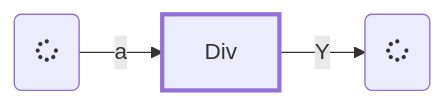
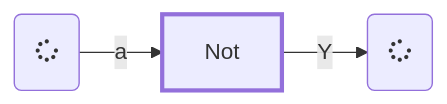
Before and after one commit to masc-ucsc/docs: the fourth of 4 diagrams in docs/livehd/05-lgraph.md, drawn with Mermaid. The commit also changed other lines of this file and 21 other files, not shown here.

````diff
--- a/docs/livehd/05-lgraph.md
+++ b/docs/livehd/05-lgraph.md
@@ -597,6 +531,6 @@
 ``` mermaid
 graph LR
     cell  --Y--> c(fa:fa-spinner)
-    a(fa:fa-spinner) --a--> cell[Div]:::cell
+    a(fa:fa-spinner) --a--> cell[Not]:::cell
     classDef cell stroke-width:3px
 ```
````
